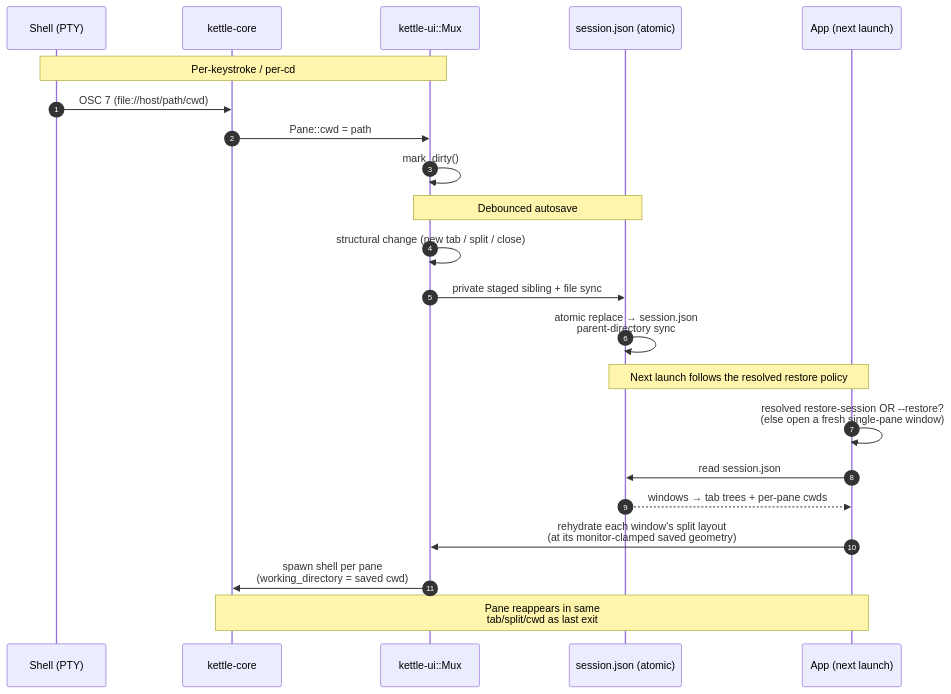
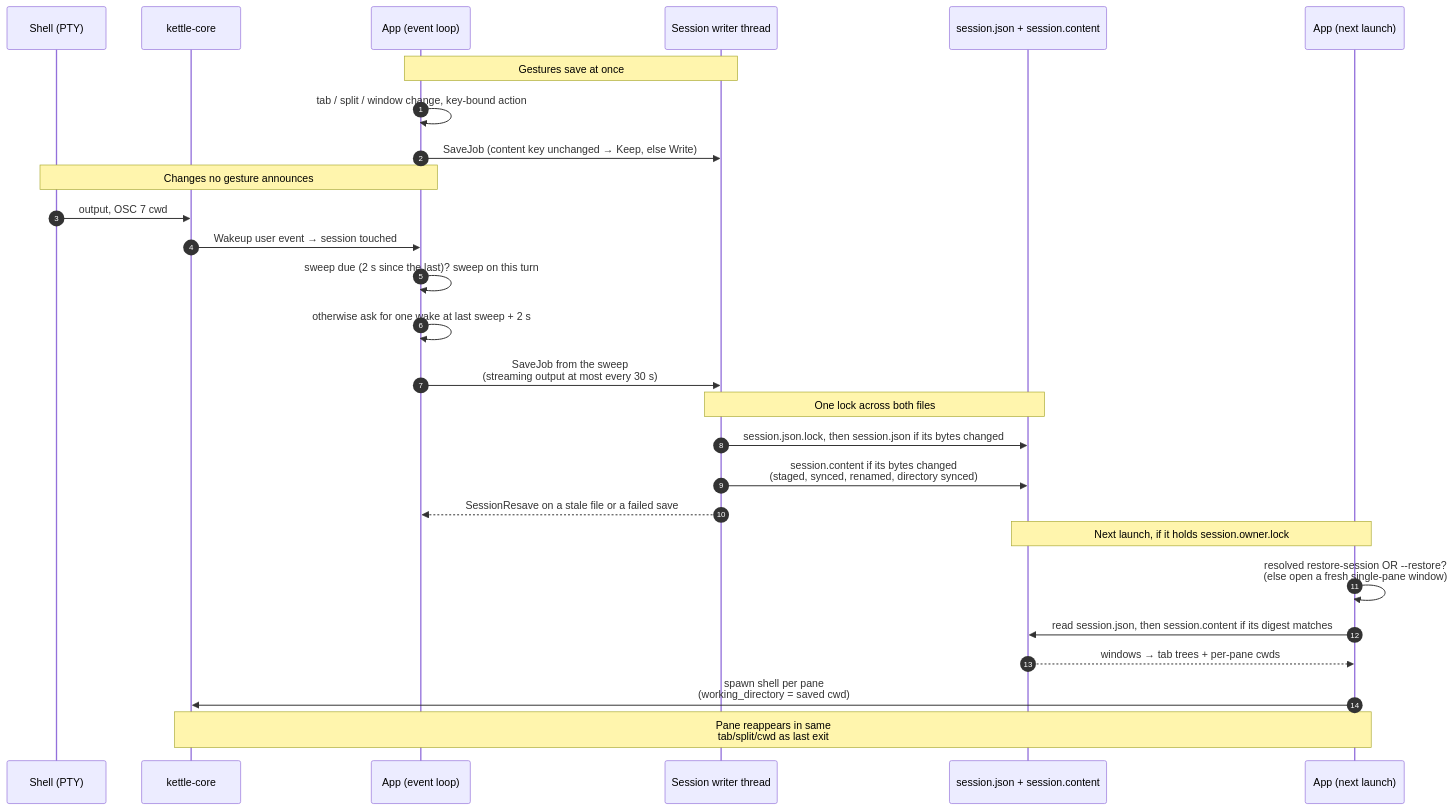
Before and after one commit to Reddimus/kettle: the tenth of 11 diagrams in docs/ARCHITECTURE.md, drawn with Mermaid. The commit also changed other lines of this file and 4 other files, not shown here.

First line of the commit message:
docs: Describe when Kettle saves the session and who owns it

````diff
--- a/docs/ARCHITECTURE.md
+++ b/docs/ARCHITECTURE.md
@@ -5097,27 +5123,33 @@
 ```mermaid
 sequenceDiagram
     autonumber
     participant Shell as Shell (PTY)
     participant Core as kettle-core
-    participant Mux as kettle-ui::Mux
-    participant FS as session.json (atomic)
-    participant App as App (next launch)
+    participant App as App (event loop)
+    participant W as Session writer thread
+    participant FS as session.json + session.content
+    participant Next as App (next launch)
 
-    Note over Shell,Mux: Per-keystroke / per-cd
-    Shell->>Core: OSC 7 (file://host/path/cwd)
-    Core->>Mux: Pane::cwd = path
-    Mux->>Mux: mark_dirty()
+    Note over App,W: Gestures save at once
+    App->>App: tab / split / window change, key-bound action
+    App->>W: SaveJob (content key unchanged → Keep, else Write)
 
-    Note over Mux,FS: Debounced autosave
-    Mux->>Mux: structural change (new tab / split / close)
-    Mux->>FS: private staged sibling + file sync
-    FS->>FS: atomic replace → session.json<br/>parent-directory sync
+    Note over Shell,App: Changes no gesture announces
+    Shell->>Core: output, OSC 7 cwd
+    Core->>App: Wakeup user event → session touched
+    App->>App: sweep due (2 s since the last)? sweep on this turn
+    App->>App: otherwise ask for one wake at last sweep + 2 s
+    App->>W: SaveJob from the sweep<br/>(streaming output at most every 30 s)
 
-    Note over App,FS: Next launch follows the resolved restore policy
-    App->>App: resolved restore-session OR --restore?<br/>(else open a fresh single-pane window)
-    App->>FS: read session.json
-    FS-->>App: windows → tab trees + per-pane cwds
-    App->>Mux: rehydrate each window's split layout<br/>(at its monitor-clamped saved geometry)
-    Mux->>Core: spawn shell per pane<br/>(working_directory = saved cwd)
-    Note over Core,App: Pane reappears in same<br/>tab/split/cwd as last exit
+    Note over W,FS: One lock across both files
+    W->>FS: session.json.lock, then session.json if its bytes changed
+    W->>FS: session.content if its bytes changed<br/>(staged, synced, renamed, directory synced)
+    W-->>App: SessionResave on a stale file or a failed save
+
+    Note over Next,FS: Next launch, if it holds session.owner.lock
+    Next->>Next: resolved restore-session OR --restore?<br/>(else open a fresh single-pane window)
+    Next->>FS: read session.json, then session.content if its digest matches
+    FS-->>Next: windows → tab trees + per-pane cwds
+    Next->>Core: spawn shell per pane<br/>(working_directory = saved cwd)
+    Note over Core,Next: Pane reappears in same<br/>tab/split/cwd as last exit
 ```
````
